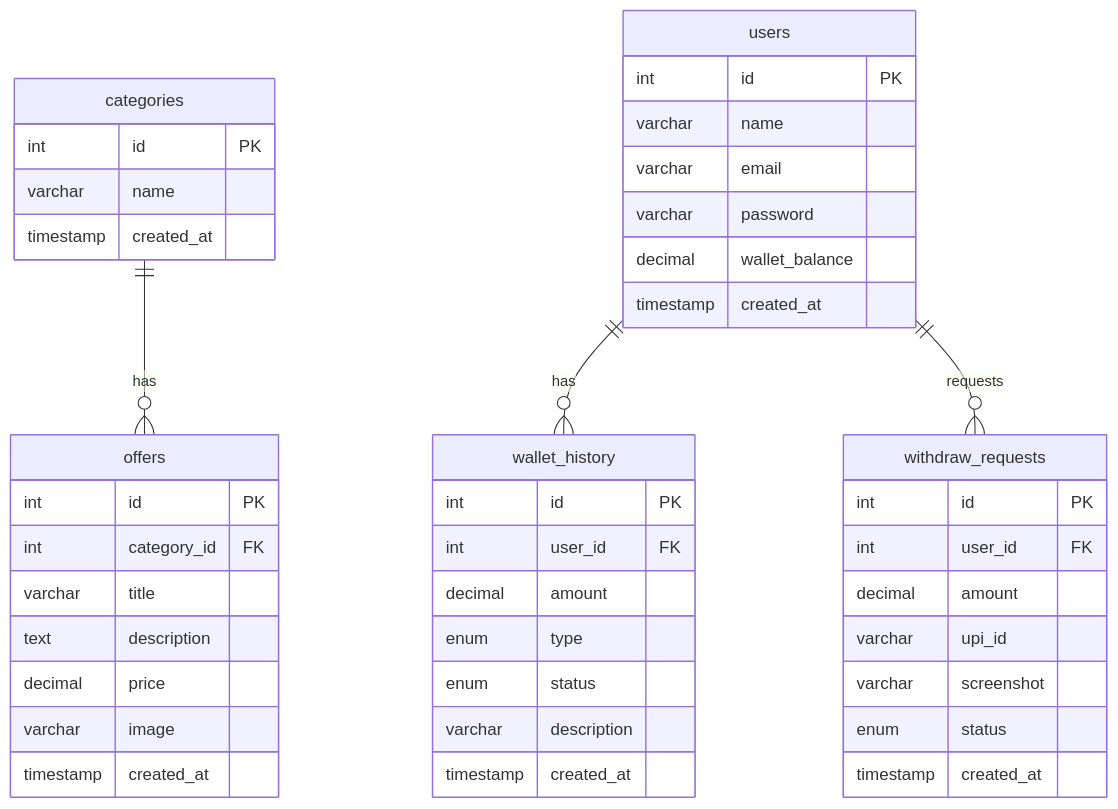
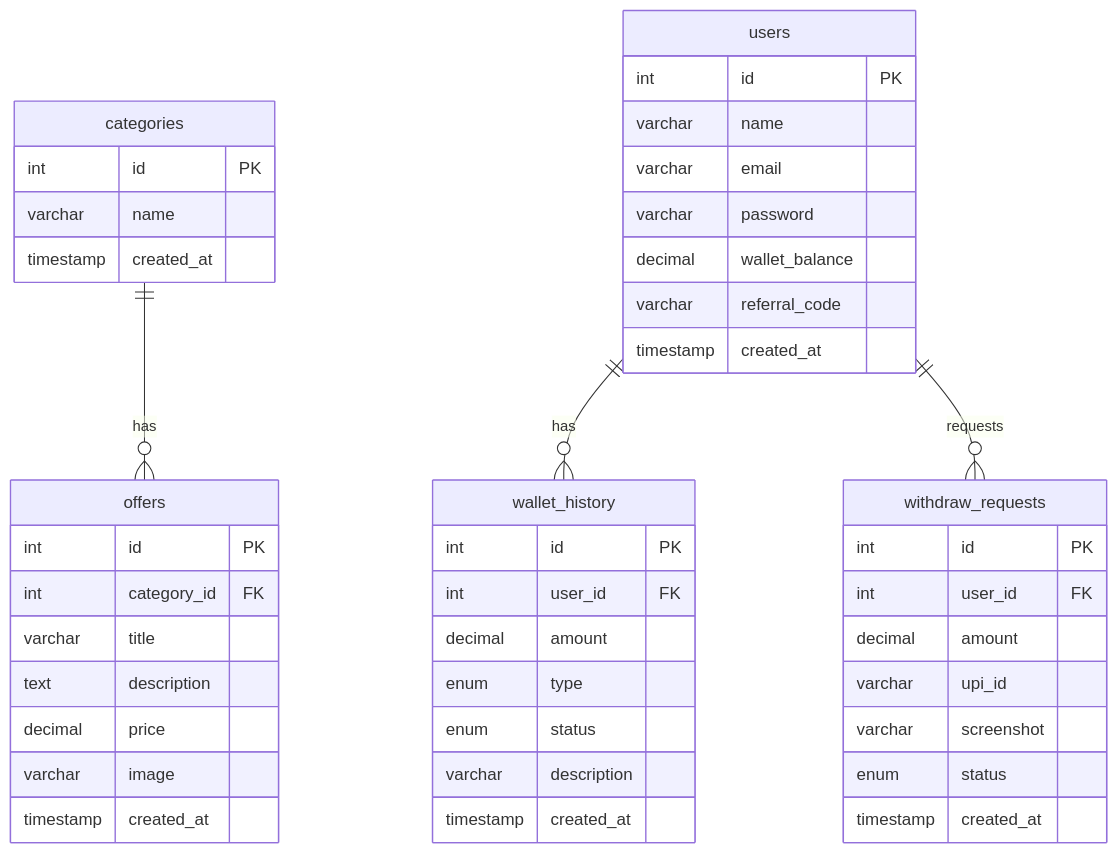
One commit to agondigital-in/kamateraho-com-php changed the diagram in database/schema.md. Above: the diagram before and after it, drawn with Mermaid. The commit also changed other lines of this file and 7 other files, not shown here.

Commit message:
referral_code

````diff
--- a/database/schema.md
+++ b/database/schema.md
@@ -5,51 +5,52 @@
 ```mermaid
 erDiagram
     categories ||--o{ offers : "has"
     users ||--o{ wallet_history : "has"
     users ||--o{ withdraw_requests : "requests"
     
     categories {
         int id PK
         varchar name
         timestamp created_at
     }
     
     users {
         int id PK
         varchar name
         varchar email
         varchar password
         decimal wallet_balance
+        varchar referral_code
         timestamp created_at
     }
     
     offers {
         int id PK
         int category_id FK
         varchar title
         text description
         decimal price
         varchar image
         timestamp created_at
     }
     
     wallet_history {
         int id PK
         int user_id FK
         decimal amount
         enum type
         enum status
         varchar description
         timestamp created_at
     }
     
     withdraw_requests {
         int id PK
         int user_id FK
         decimal amount
         varchar upi_id
         varchar screenshot
         enum status
         timestamp created_at
     }
 ```
````
